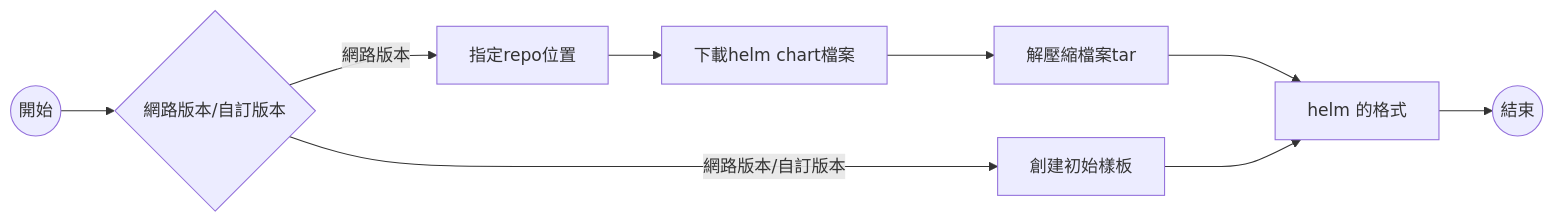
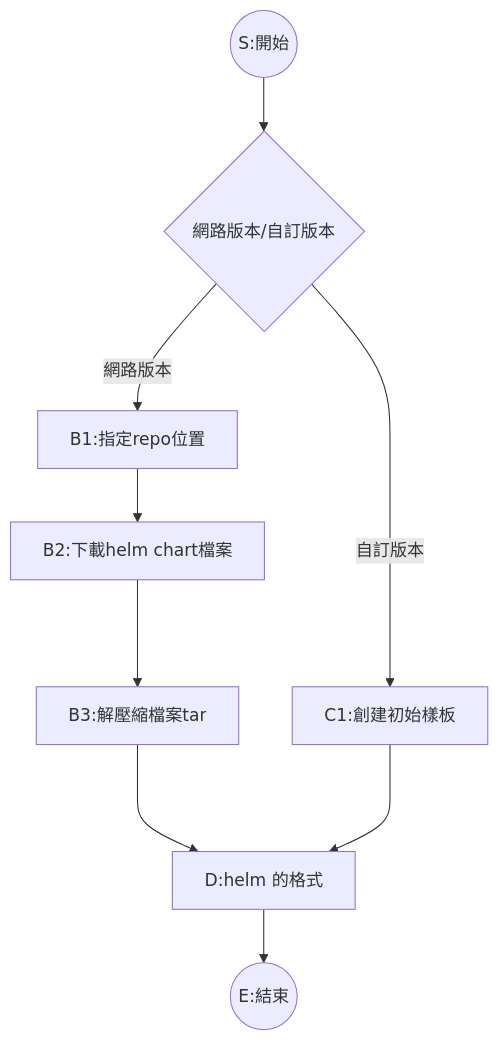
Before and after one commit to wei810121/helmRepo: the diagram in README.md, drawn with Mermaid. The commit also changed other lines of this file, not shown here.

Commit message:
流程圖調整

````diff
--- a/README.md
+++ b/README.md
@@ -5,12 +5,12 @@
 ```mermaid
-graph LR
+graph TD
 
-S((開始)) --> 
+S((S:開始)) --> 
 
-a2{網路版本/自訂版本} -- 網路版本--> B1[指定repo位置] -->B2[下載helm chart檔案] --->B3[解壓縮檔案tar] 
----> D[Chart 的格式]
+a2{網路版本/自訂版本} -- 網路版本--> B1[B1:指定repo位置] -->B2[B2:下載helm chart檔案] --->B3[B3:解壓縮檔案tar] 
+---> D[D:helm 的格式]
 
-a2{網路版本/自訂版本} -- 網路版本/自訂版本--> C1[創建初始樣板]
----> D[helm 的格式] --> E((結束)) 
+a2{網路版本/自訂版本} -- 自訂版本--> C1[C1:創建初始樣板]
+---> D[D:helm 的格式] --> E((E:結束)) 
 
 ```
````
